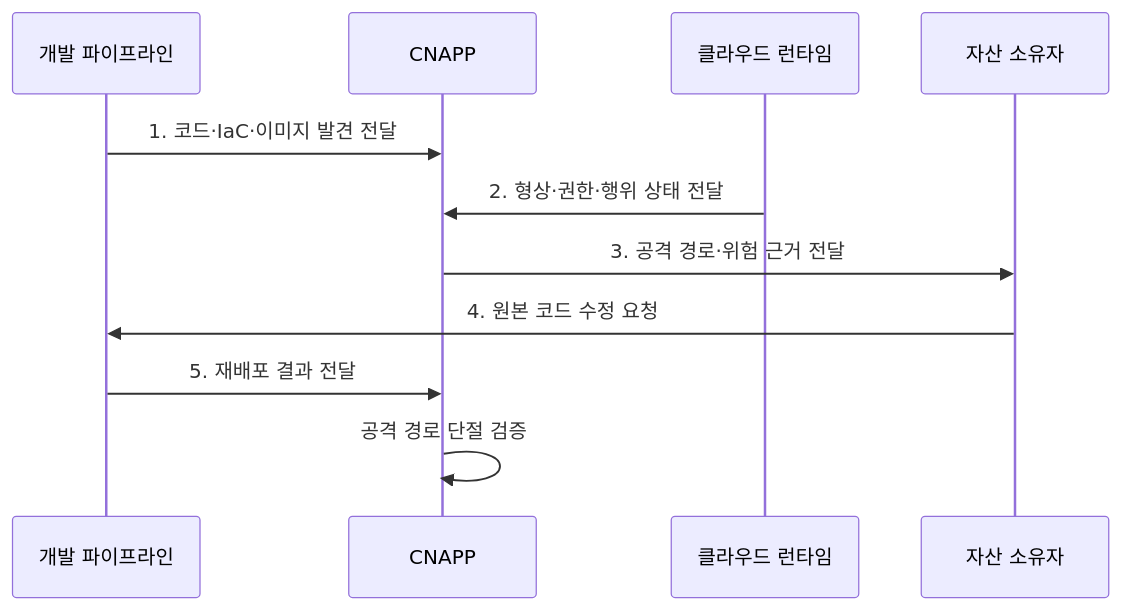
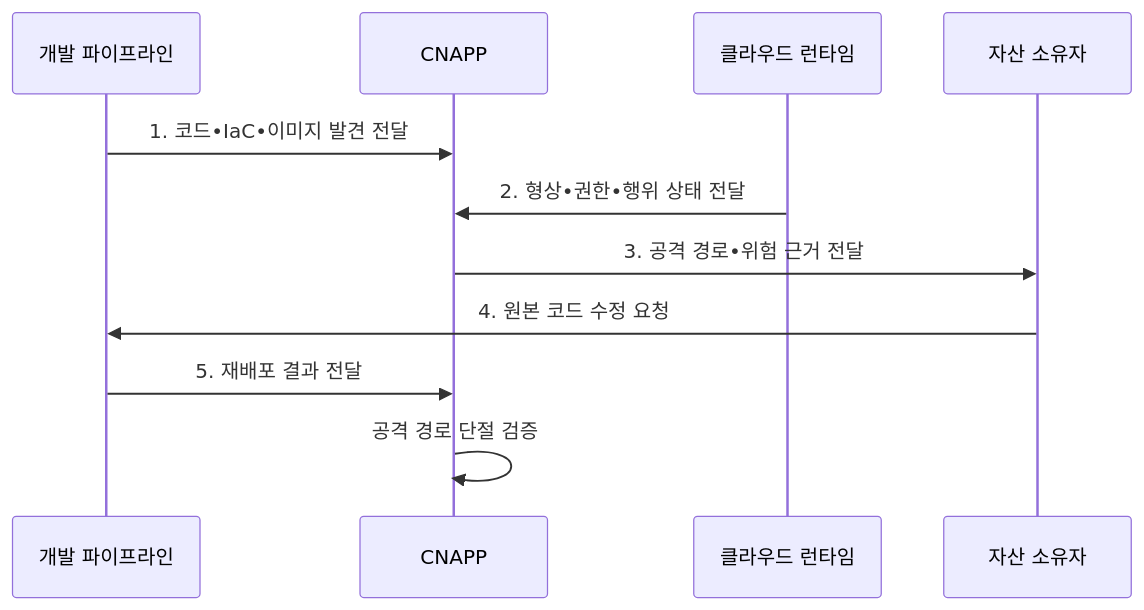
Before and after one commit to agnusdei1207/knowledge-base: the second of 2 diagrams in src/content/docs/notes/05-security/073_cnapp.md, drawn with Mermaid. The commit also changed other lines of this file and 953 other files, not shown here.

````diff
--- a/src/content/docs/notes/05-security/073_cnapp.md
+++ b/src/content/docs/notes/05-security/073_cnapp.md
@@ -97,13 +97,13 @@
 ```mermaid
 sequenceDiagram
     participant D as 개발 파이프라인
     participant C as CNAPP
     participant R as 클라우드 런타임
     participant O as 자산 소유자
-    D->>C: 1. 코드·IaC·이미지 발견 전달
-    R->>C: 2. 형상·권한·행위 상태 전달
-    C->>O: 3. 공격 경로·위험 근거 전달
+    D->>C: 1. 코드•IaC•이미지 발견 전달
+    R->>C: 2. 형상•권한•행위 상태 전달
+    C->>O: 3. 공격 경로•위험 근거 전달
     O->>D: 4. 원본 코드 수정 요청
     D->>C: 5. 재배포 결과 전달
     C->>C: 공격 경로 단절 검증
 ```
````
